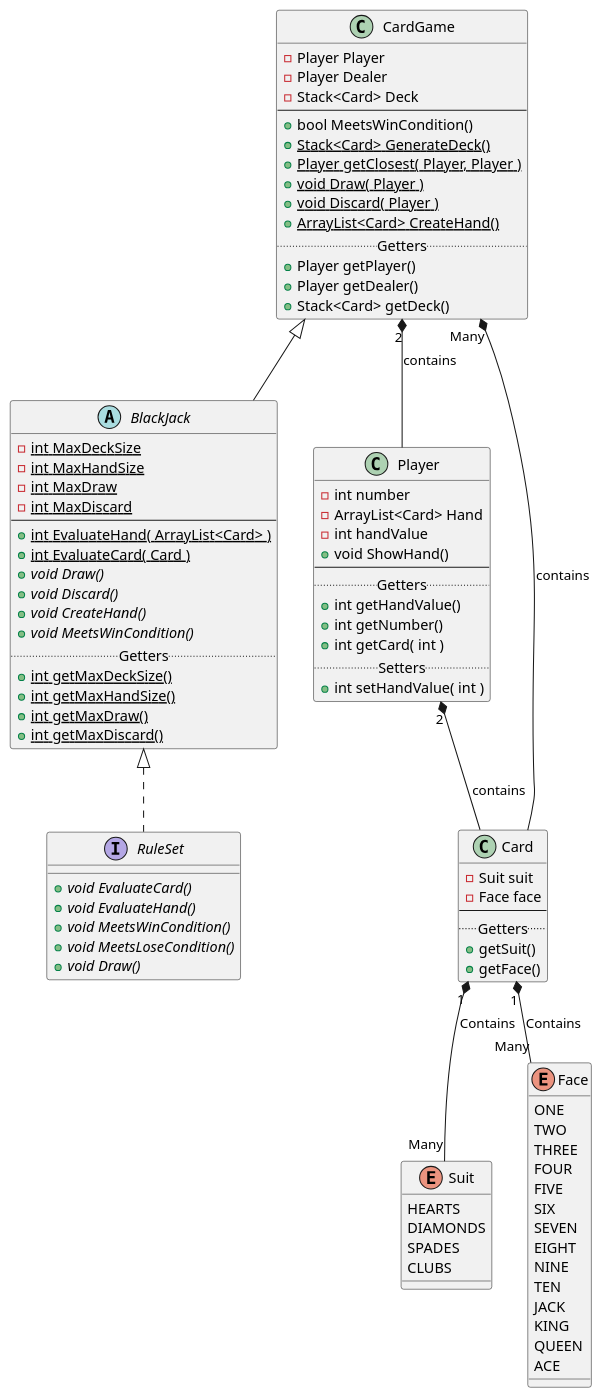
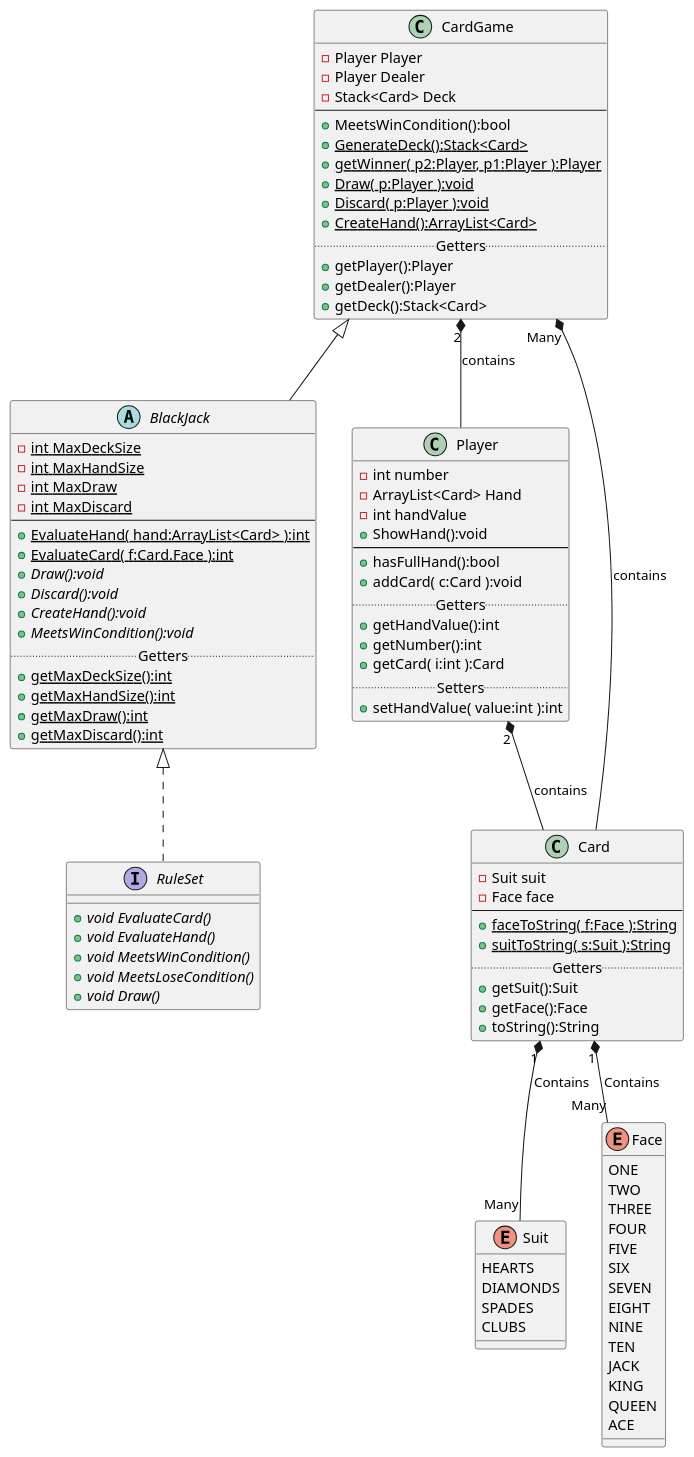
The diagram in uml/ClassDia.puml (saini106/blackJack), drawn with PlantUML before and after one commit. The commit also changed 3 other files, not shown here.

Commit message:
Updated UML

```diff
--- a/uml/ClassDia.puml
+++ b/uml/ClassDia.puml
@@ -1,102 +1,108 @@
 @startuml BlackJack
 
 interface RuleSet {
     + {abstract} void EvaluateCard()
     + {abstract} void EvaluateHand()
     + {abstract} void MeetsWinCondition()
     + {abstract} void MeetsLoseCondition()
     + {abstract} void Draw()
 }
 
 BlackJack <|.. RuleSet
 abstract BlackJack {
     - {static} int MaxDeckSize
     - {static} int MaxHandSize
     - {static} int MaxDraw
     - {static} int MaxDiscard
     --
-    + {static} int EvaluateHand( ArrayList<Card> )
-    + {static} int EvaluateCard( Card )
-    + {abstract} void Draw()
-    + {abstract} void Discard()
-    + {abstract} void CreateHand()
-    + {abstract} void MeetsWinCondition()
+    + {static} EvaluateHand( hand:ArrayList<Card> ):int
+    + {static} EvaluateCard( f:Card.Face ):int
+    + {abstract} Draw():void
+    + {abstract} Discard():void
+    + {abstract} CreateHand():void
+    + {abstract} MeetsWinCondition():void
     ..Getters..
-    + {static} int getMaxDeckSize()
-    + {static} int getMaxHandSize()
-    + {static} int getMaxDraw()
-    + {static} int getMaxDiscard()
+    + {static} getMaxDeckSize():int
+    + {static} getMaxHandSize():int
+    + {static} getMaxDraw():int
+    + {static} getMaxDiscard():int
 }
 
 CardGame <|-- BlackJack
+
 
 class CardGame {
     - Player Player
     - Player Dealer
     - Stack<Card> Deck
     --
-    + bool MeetsWinCondition()
-    + {static} Stack<Card> GenerateDeck()
-    + {static} Player getClosest( Player, Player )
-    + {static} void Draw( Player )
-    + {static} void Discard( Player )
-    + {static} ArrayList<Card> CreateHand()
+    + MeetsWinCondition():bool
+    + {static} GenerateDeck():Stack<Card>
+    + {static} getWinner( p2:Player, p1:Player ):Player
+    + {static} Draw( p:Player ):void
+    + {static} Discard( p:Player ):void
+    + {static} CreateHand():ArrayList<Card>
     ..Getters..
-    + Player getPlayer()
-    + Player getDealer()
-    + Stack<Card> getDeck()
+    + getPlayer():Player
+    + getDealer():Player
+    + getDeck():Stack<Card>
 }
 
 CardGame "2" *-- Player : contains
 CardGame "Many" *-- Card : contains
 class Player {
     - int number
     - ArrayList<Card> Hand
     - int handValue
-    + void ShowHand()
+    + ShowHand():void
     --
+    +hasFullHand():bool
+    +addCard( c:Card ):void
     ..Getters..
-    + int getHandValue()
-    + int getNumber()
-    + int getCard( int )
+    + getHandValue():int
+    + getNumber():int
+    + getCard( i:int ):Card
     ..Setters..
-    + int setHandValue( int )
+    + setHandValue( value:int ):int
 }
 
 Player "2" *-- Card : contains
 class Card {
    - Suit suit
    - Face face
    --
+   + {static} faceToString( f:Face ):String
+   + {static} suitToString( s:Suit ):String
    ..Getters..
-   + getSuit()
-   + getFace()
+   + getSuit():Suit
+   + getFace():Face
+   + toString():String
 }
 
 Card "1" *-- "Many" Suit : Contains
 Card "1" *-- "Many" Face : Contains
 enum Face {
     ONE
     TWO
     THREE
     FOUR
     FIVE
     SIX
     SEVEN
     EIGHT
     NINE
     TEN
     JACK
     KING
     QUEEN
     ACE
 }
 
 enum Suit {
     HEARTS
     DIAMONDS 
     SPADES 
     CLUBS
 }
 
 @enduml
```
